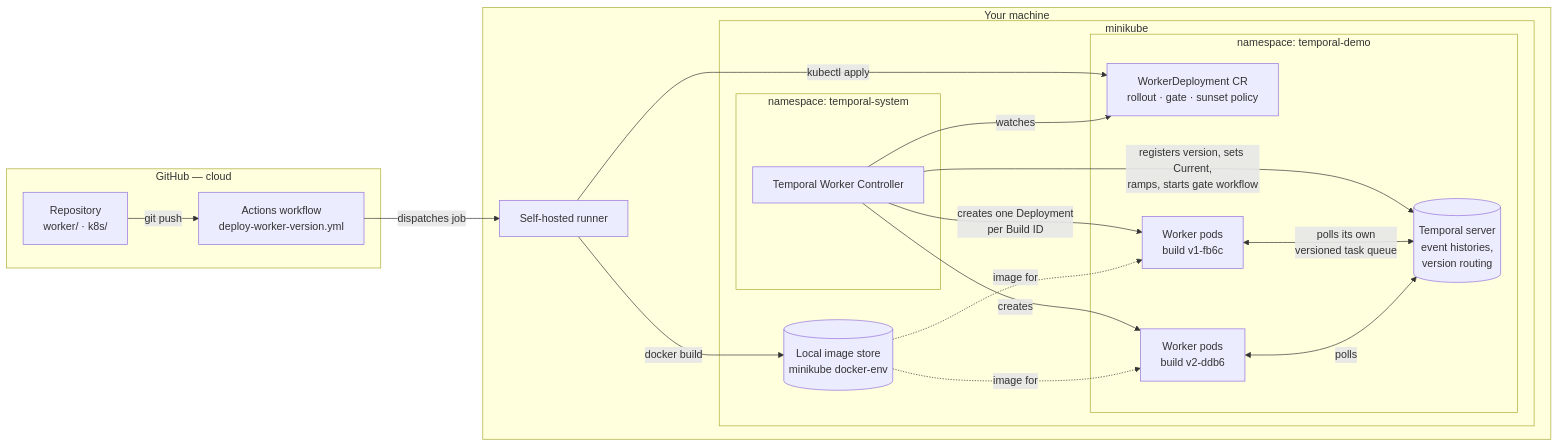
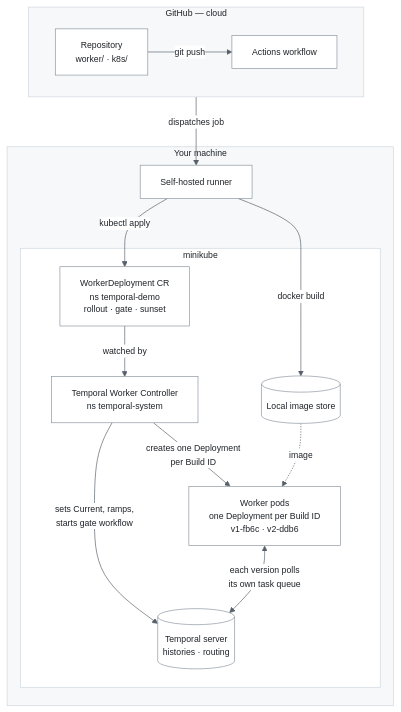
The first of 3 diagrams in docs/automating-temporal-worker-versioning.md (adam-quan/worker-controller-demo), drawn with Mermaid before and after one commit. The commit also changed other lines of this file and 2 other files, not shown here.

````diff
--- a/docs/automating-temporal-worker-versioning.md
+++ b/docs/automating-temporal-worker-versioning.md
@@ -24,42 +45,48 @@
 ```mermaid
-flowchart LR
+%%{init: {"theme":"base","themeVariables":{"background":"#ffffff","primaryColor":"#ffffff","primaryTextColor":"#1f2328","primaryBorderColor":"#8c959f","lineColor":"#57606a","secondaryColor":"#f6f8fa","tertiaryColor":"#ffffff","clusterBkg":"#f6f8fa","clusterBorder":"#d0d7de","edgeLabelBackground":"#ffffff","fontSize":"13px","arrowheadColor":"#57606a","titleColor":"#1f2328","nodeTextColor":"#1f2328","textColor":"#1f2328"},"flowchart":{"htmlLabels":true,"useMaxWidth":true,"diagramPadding":24,"nodeSpacing":45,"rankSpacing":55}}}%%
+flowchart TB
+
+    %% --- Cloud -----------------------------------------------------------
     subgraph GH["GitHub — cloud"]
+        direction LR
         REPO["Repository<br/>worker/ · k8s/"]
-        GHA["Actions workflow<br/>deploy-worker-version.yml"]
+        GHA["Actions workflow"]
     end
 
+    %% --- Local machine ---------------------------------------------------
+    %% Only two levels of nesting: the machine, and the cluster on it.
+    %% Namespaces are named in the node labels instead of nested further.
     subgraph LAPTOP["Your machine"]
         RUNNER["Self-hosted runner"]
 
         subgraph MK["minikube"]
-            IMG[("Local image store<br/>minikube docker-env")]
-
-            subgraph SYS["namespace: temporal-system"]
-                CTRL["Temporal Worker Controller"]
-            end
-
-            subgraph DEMO["namespace: temporal-demo"]
-                CR["WorkerDeployment CR<br/>rollout · gate · sunset policy"]
-                TS[("Temporal server<br/>event histories,<br/>version routing")]
-                W1["Worker pods<br/>build v1-fb6c"]
-                W2["Worker pods<br/>build v2-ddb6"]
-            end
+            IMG[("Local image store")]
+            CR["WorkerDeployment CR<br/>ns temporal-demo<br/>rollout · gate · sunset"]
+            CTRL["Temporal Worker Controller<br/>ns temporal-system"]
+            W["Worker pods<br/>one Deployment per Build ID<br/>v1-fb6c · v2-ddb6"]
+            TS[("Temporal server<br/>histories · routing")]
         end
     end
 
+    %% --- One path down the page: commit, apply, reconcile, run -----------
     REPO -->|"git push"| GHA
     GHA -->|"dispatches job"| RUNNER
     RUNNER -->|"docker build"| IMG
     RUNNER -->|"kubectl apply"| CR
+    CR -->|"watched by"| CTRL
+    CTRL -->|"creates one Deployment<br/>per Build ID"| W
+    CTRL -->|"sets Current, ramps,<br/>starts gate workflow"| TS
 
-    CTRL -->|"watches"| CR
-    CTRL -->|"creates one Deployment<br/>per Build ID"| W1
-    CTRL -->|"creates"| W2
-    CTRL -->|"registers version, sets Current,<br/>ramps, starts gate workflow"| TS
+    IMG -.->|"image"| W
+    W <-->|"each version polls<br/>its own task queue"| TS
 
-    IMG -.->|"image for"| W1
-    IMG -.->|"image for"| W2
+    %% --- Light palette, in plain diagram syntax --------------------------
+    classDef box fill:#ffffff,stroke:#8c959f,stroke-width:1px,color:#1f2328
+    class REPO,GHA,RUNNER,IMG,CR,CTRL,W,TS box
 
-    W1 <-->|"polls its own<br/>versioned task queue"| TS
-    W2 <-->|"polls"| TS
+    style GH fill:#f6f8fa,stroke:#d0d7de,color:#1f2328
+    style LAPTOP fill:#f6f8fa,stroke:#d0d7de,color:#1f2328
+    style MK fill:#ffffff,stroke:#d0d7de,color:#1f2328
+
+    linkStyle default stroke:#57606a,color:#1f2328
 ```
````
